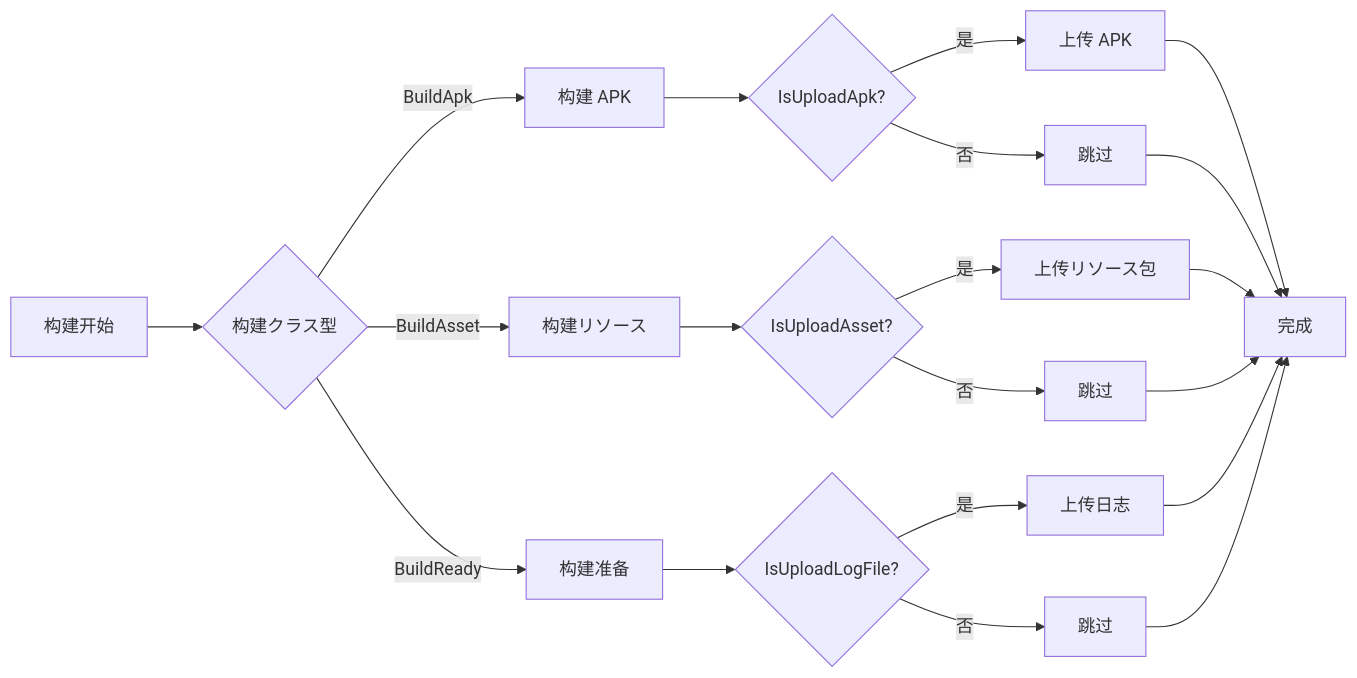
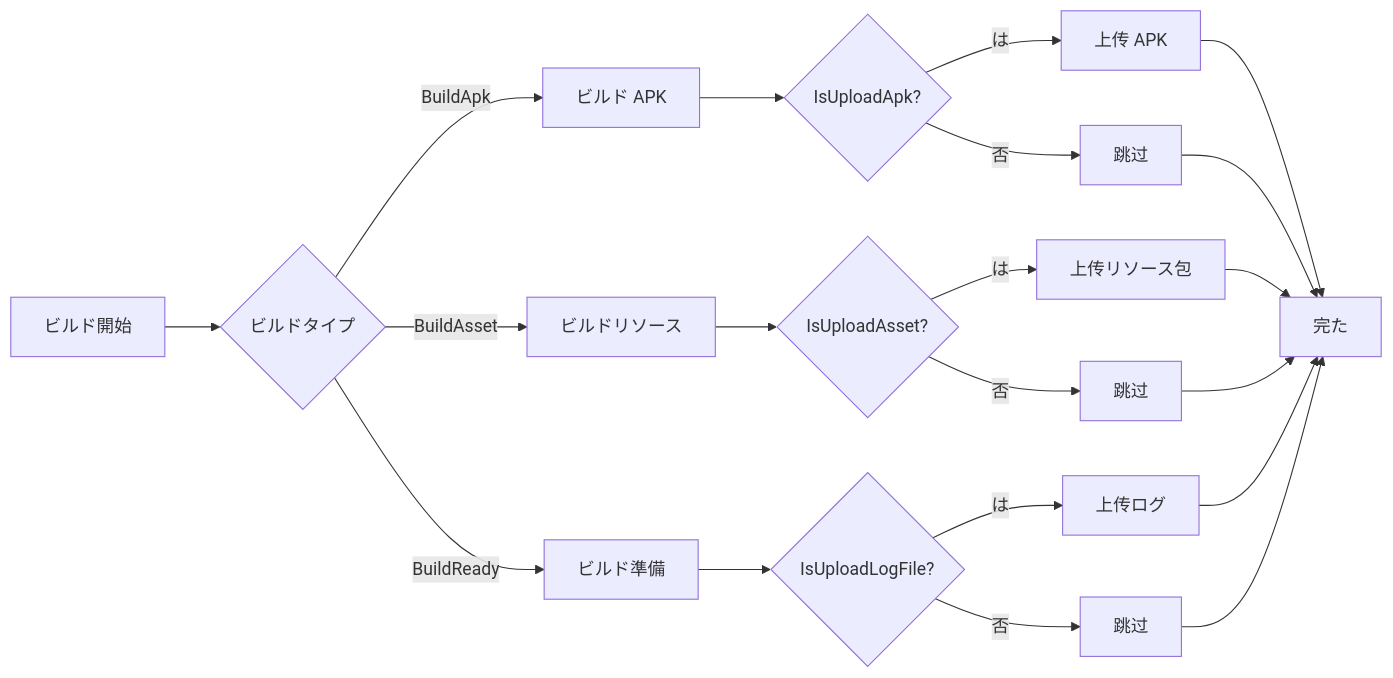
One commit to AlianBlank/GameFrameX.Docs changed the second of 2 diagrams in docs/ja/client/unity/component/builder/06.object-storage.md. Above: the diagram before and after it, drawn with Mermaid. The commit also changed other lines of this file and 320 other files, not shown here.

````diff
--- a/docs/ja/client/unity/component/builder/06.object-storage.md
+++ b/docs/ja/client/unity/component/builder/06.object-storage.md
@@ -80,26 +80,26 @@
 ```mermaid
 flowchart LR
-    A[构建开始] --> B{构建クラス型}
-    B -->|BuildApk| C[构建 APK]
-    B -->|BuildAsset| D[构建リソース]
-    B -->|BuildReady| E[构建准备]
+    A[ビルド開始] --> B{ビルドタイプ}
+    B -->|BuildApk| C[ビルド APK]
+    B -->|BuildAsset| D[ビルドリソース]
+    B -->|BuildReady| E[ビルド準備]
     
     C --> F{IsUploadApk?}
-    F -->|是| G[上传 APK]
+    F -->|は| G[上传 APK]
     F -->|否| H[跳过]
     
     D --> I{IsUploadAsset?}
-    I -->|是| J[上传リソース包]
+    I -->|は| J[上传リソース包]
     I -->|否| K[跳过]
     
     E --> L{IsUploadLogFile?}
-    L -->|是| M[上传日志]
+    L -->|は| M[上传ログ]
     L -->|否| N[跳过]
     
-    G --> O[完成]
+    G --> O[完た]
     J --> O
     M --> O
     H --> O
     K --> O
     N --> O
 ```
````
